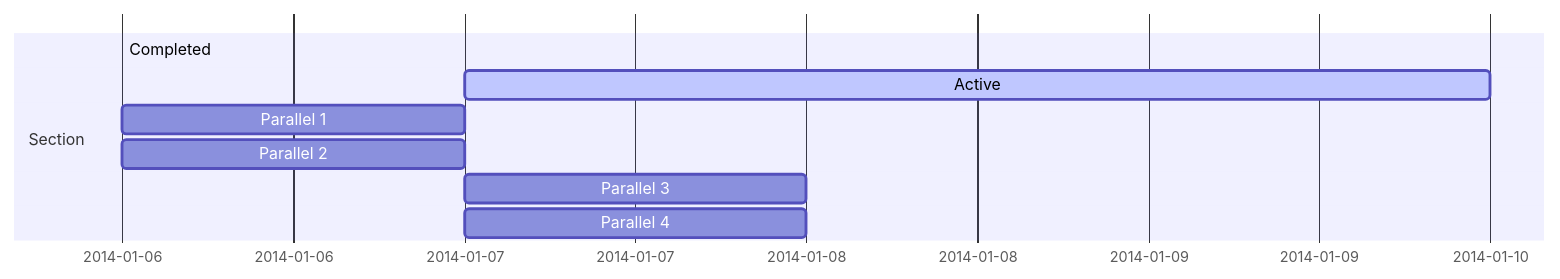
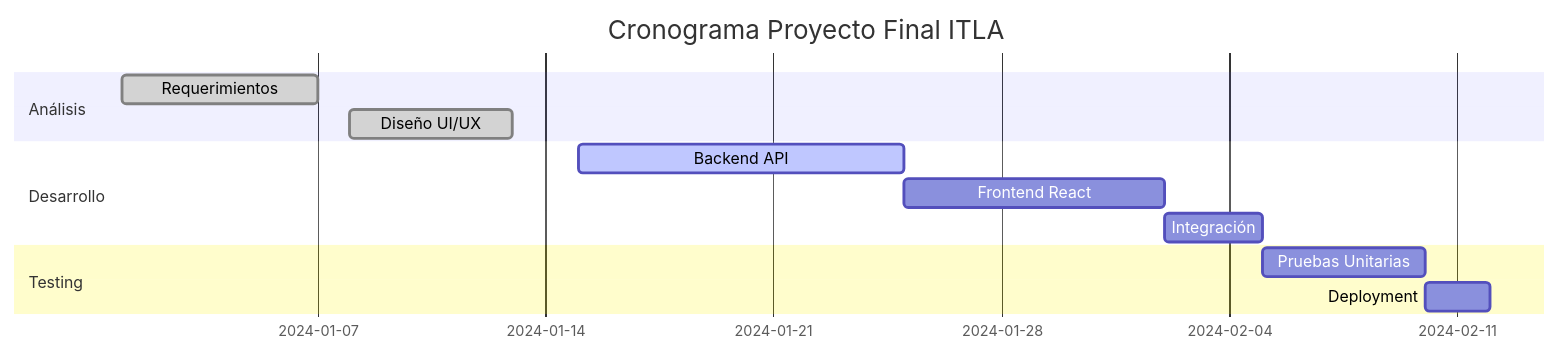
Before and after one commit to AbelGuzman1/darkneko.github.io: the diagram in content/post/project-management/index.md, drawn with Mermaid. The commit also changed other lines of this file and 4 other files, not shown here.

````diff
--- a/content/post/project-management/index.md
+++ b/content/post/project-management/index.md
@@ -69,10 +76,15 @@
 ```mermaid
 gantt
-section Section
-Completed :done,    des1, 2014-01-06,2014-01-08
-Active        :active,  des2, 2014-01-07, 3d
-Parallel 1   :         des3, after des1, 1d
-Parallel 2   :         des4, after des1, 1d
-Parallel 3   :         des5, after des3, 1d
-Parallel 4   :         des6, after des4, 1d
+title Cronograma Proyecto Final ITLA
+dateFormat  YYYY-MM-DD
+section Análisis
+Requerimientos     :done,    req, 2024-01-01,2024-01-07
+Diseño UI/UX      :done,    design, 2024-01-08, 5d
+section Desarrollo
+Backend API       :active,  backend, 2024-01-15, 10d
+Frontend React    :         frontend, after backend, 8d
+Integración       :         integration, after frontend, 3d
+section Testing
+Pruebas Unitarias :         testing, after integration, 5d
+Deployment        :         deploy, after testing, 2d
 ```
````
